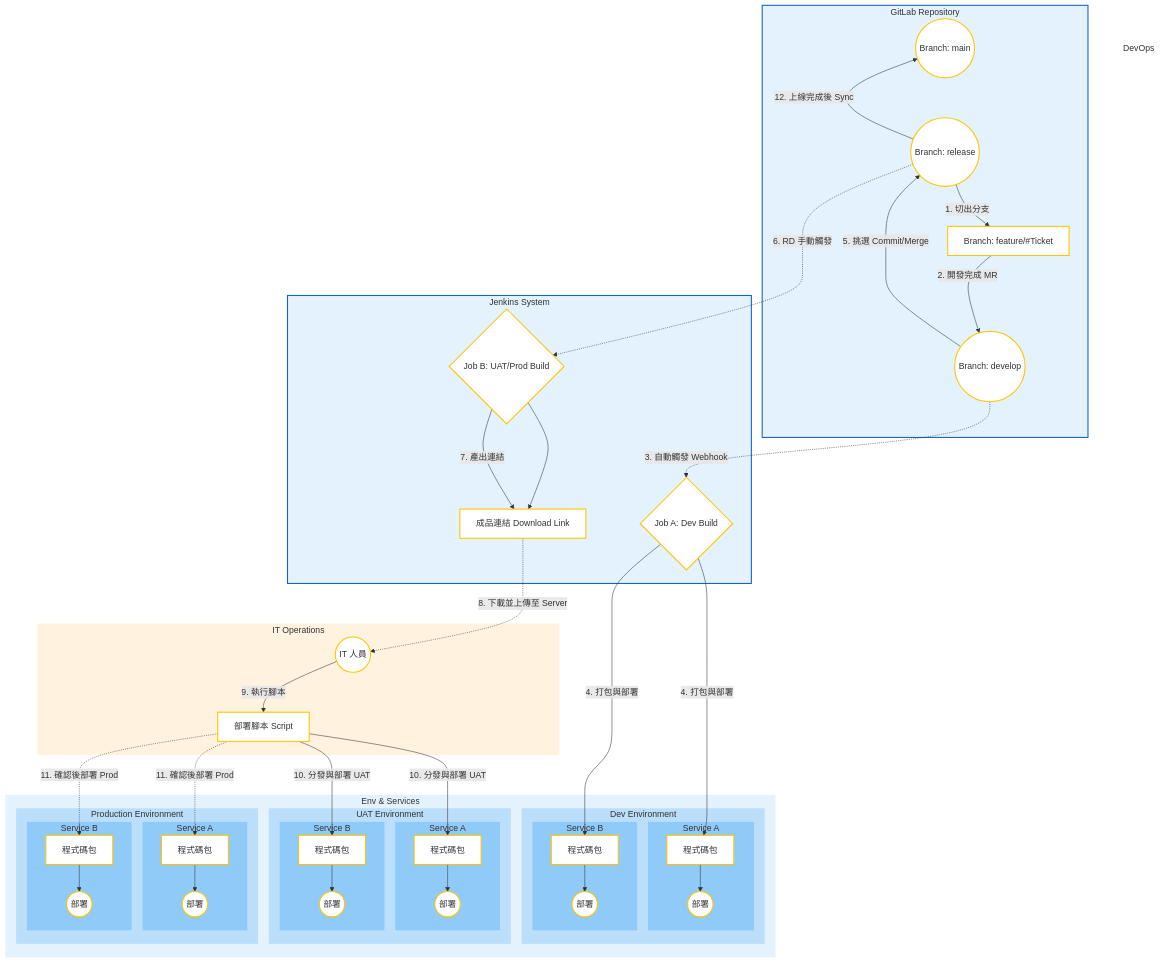
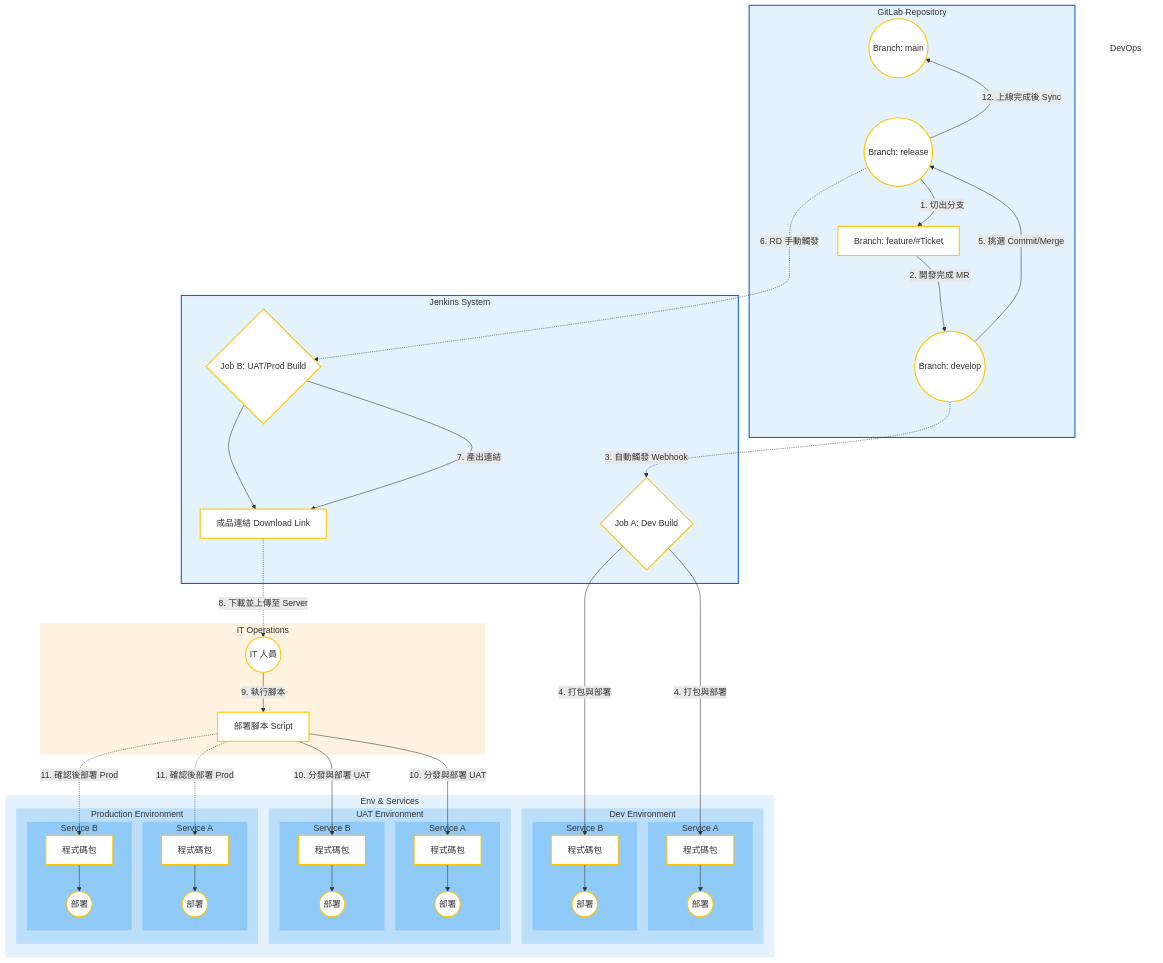
One commit to almightyken0425/KnowledgeVault changed the second of 2 diagrams in SIT/ReleaseWorkFlow.md. Above: the diagram before and after it, drawn with Mermaid.

```diff
--- a/SIT/ReleaseWorkFlow.md
+++ b/SIT/ReleaseWorkFlow.md
@@ -139,13 +139,6 @@
 
     Release -->|12. 上線完成後 Sync| Main
 
-    %% 佈局調整用隱藏線 Layout Helpers
-    %% 強制將 Operations 推到 DevOps 下方
-    %% Feature ~~~ ITUser  <-- Removed, let natural flow handle vertical stack
-    JobB ~~~ ITUser
-    %% 強制 DevEnv 跟 UAT/Prod 同層
-    ITUser ~~~ DevPkgA
-
     %% Subgraph Styles
     %% Level 1: Lightest Blue
     style Git_Repo fill:#E3F2FD,stroke:#1565C0,stroke-width:2px
```
